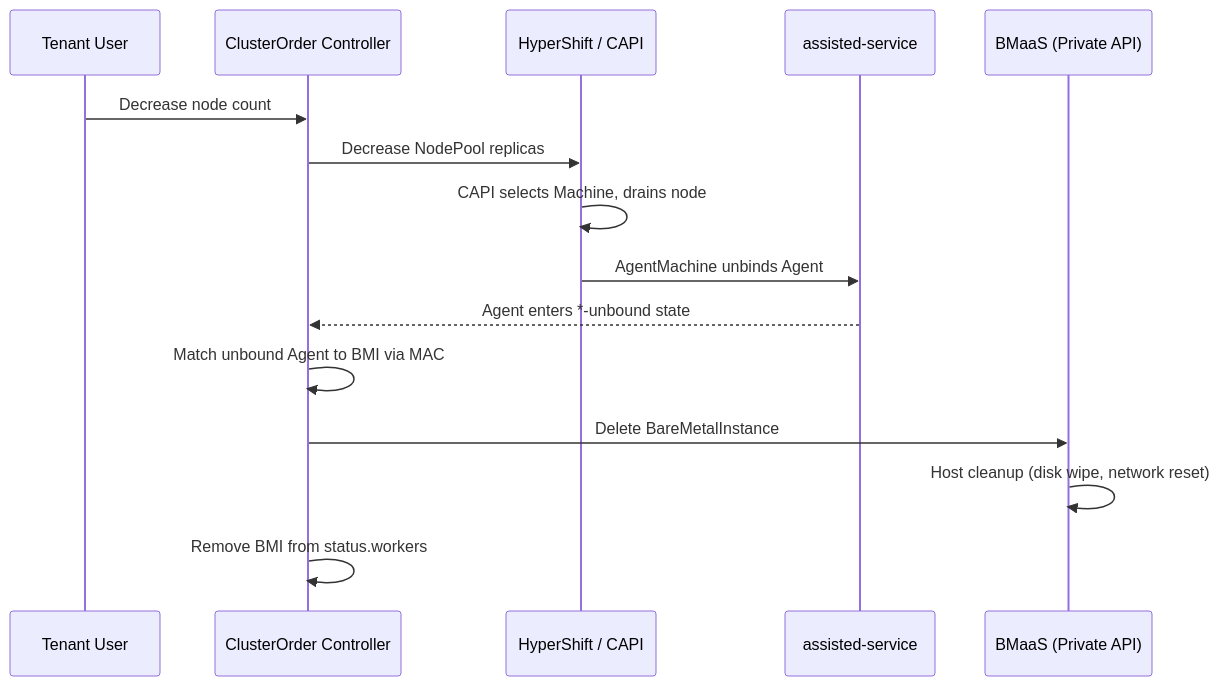
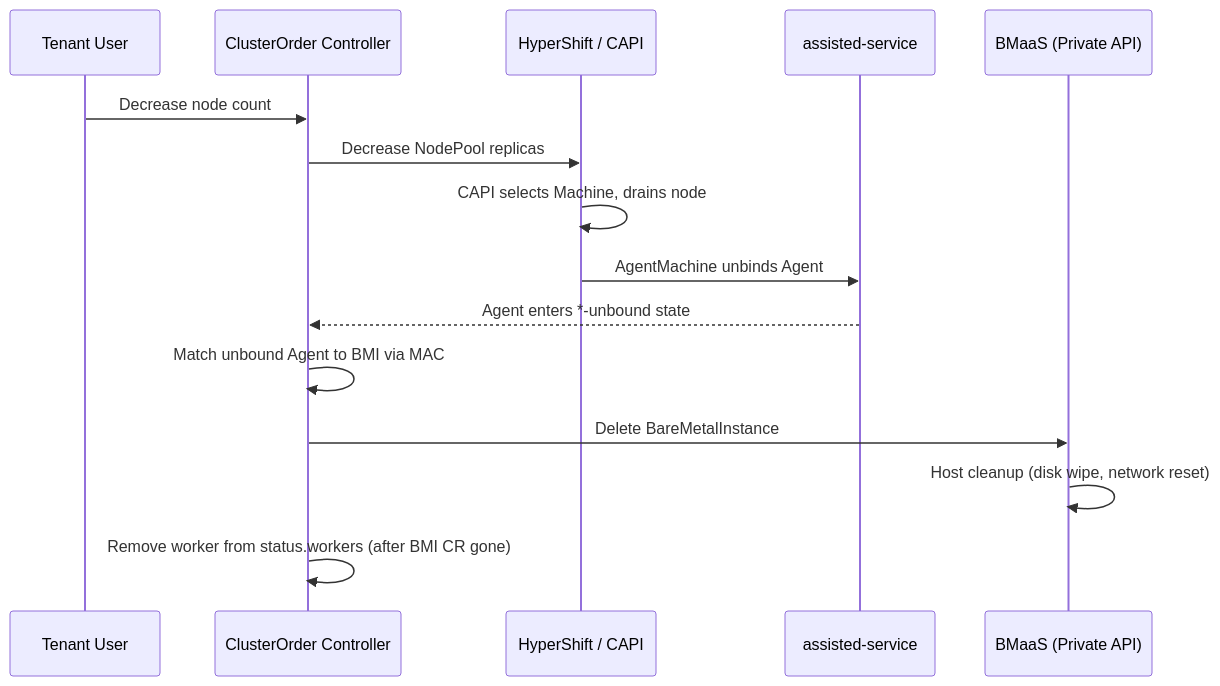
Before and after one commit to osac-project/enhancement-proposals: the second of 2 diagrams in enhancements/OSAC-2135-caas-bare-metal-worker-provisioning/design.md, drawn with Mermaid. The commit also changed other lines of this file, not shown here.

````diff
--- a/enhancements/OSAC-2135-caas-bare-metal-worker-provisioning/design.md
+++ b/enhancements/OSAC-2135-caas-bare-metal-worker-provisioning/design.md
@@ -138,20 +138,20 @@
 ```mermaid
 sequenceDiagram
     participant T as Tenant User
     participant CO as ClusterOrder Controller
     participant HCP as HyperShift / CAPI
     participant AS as assisted-service
     participant BMaaS as BMaaS (Private API)
 
     T->>CO: Decrease node count
     CO->>HCP: Decrease NodePool replicas
 
     HCP->>HCP: CAPI selects Machine, drains node
     HCP->>AS: AgentMachine unbinds Agent
     AS-->>CO: Agent enters *-unbound state
 
     CO->>CO: Match unbound Agent to BMI via MAC
     CO->>BMaaS: Delete BareMetalInstance
     BMaaS->>BMaaS: Host cleanup (disk wipe, network reset)
-    CO->>CO: Remove BMI from status.workers
+    CO->>CO: Remove worker from status.workers (after BMI CR gone)
 ```
````
